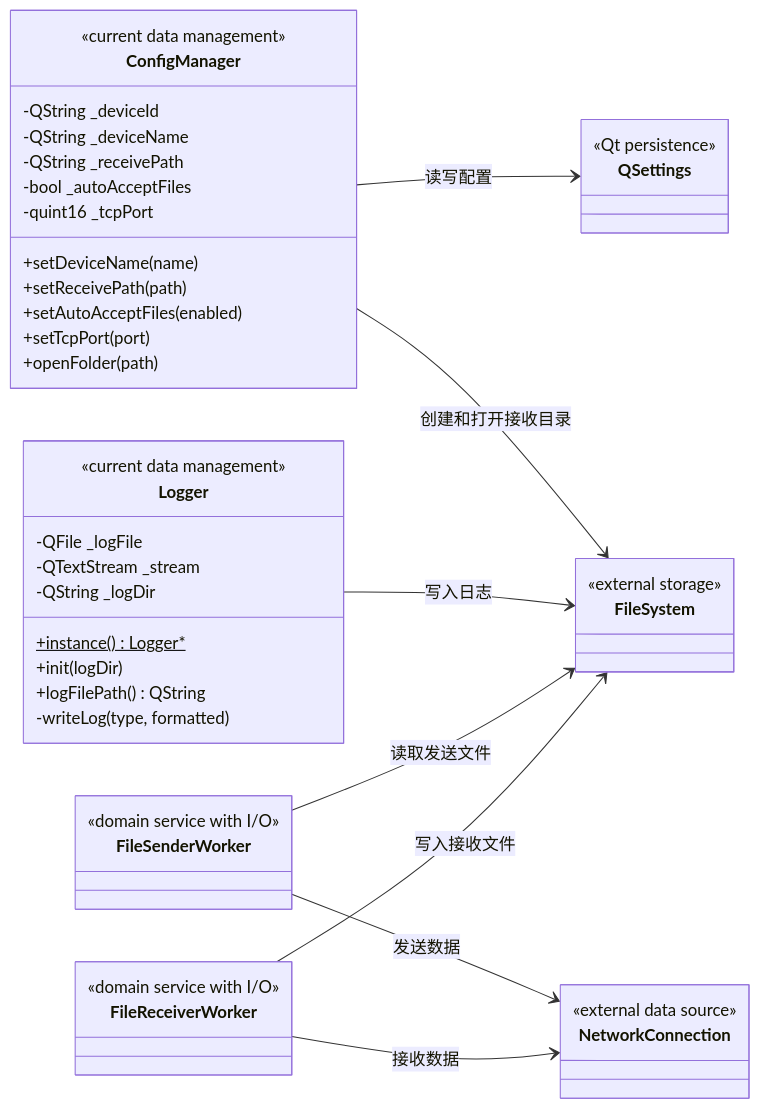
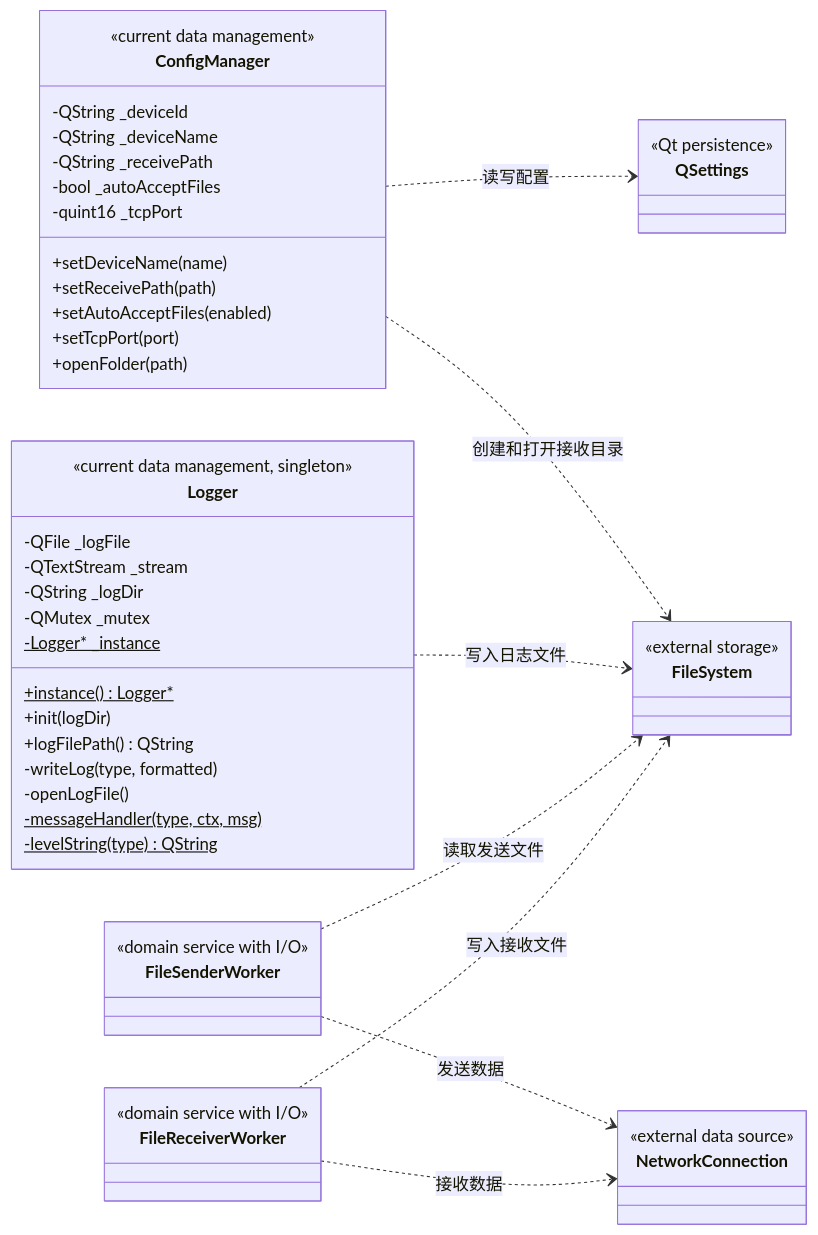
The fifth of 5 diagrams in doc/diagrams/class-diagram.md (Gsheep0729/GridYard), drawn with Mermaid before and after one commit. The commit also changed other lines of this file and 24 other files, not shown here.

First line of the commit message:
完善 UML 设计图并按 v4.16.0 细化类图

````diff
--- a/doc/diagrams/class-diagram.md
+++ b/doc/diagrams/class-diagram.md
@@ -446,57 +622,62 @@
 ```mermaid
 classDiagram
     direction LR
 
     class ConfigManager {
         <<current data management>>
         -QString _deviceId
         -QString _deviceName
         -QString _receivePath
         -bool _autoAcceptFiles
         -quint16 _tcpPort
         +setDeviceName(name)
         +setReceivePath(path)
         +setAutoAcceptFiles(enabled)
         +setTcpPort(port)
         +openFolder(path)
     }
 
     class Logger {
-        <<current data management>>
+        <<current data management, singleton>>
         -QFile _logFile
         -QTextStream _stream
         -QString _logDir
+        -QMutex _mutex
+        -Logger* _instance$
         +instance()$ Logger*
         +init(logDir)
         +logFilePath() QString
         -writeLog(type, formatted)
+        -openLogFile()
+        -messageHandler(type, ctx, msg)$
+        -levelString(type)$ QString
     }
 
     class QSettings {
         <<Qt persistence>>
     }
 
     class FileSystem {
         <<external storage>>
     }
 
     class NetworkConnection {
         <<external data source>>
     }
 
     class FileSenderWorker {
         <<domain service with I/O>>
     }
 
     class FileReceiverWorker {
         <<domain service with I/O>>
     }
 
-    ConfigManager --> QSettings : 读写配置
-    ConfigManager --> FileSystem : 创建和打开接收目录
-    Logger --> FileSystem : 写入日志
-    FileSenderWorker --> FileSystem : 读取发送文件
-    FileReceiverWorker --> FileSystem : 写入接收文件
-    FileSenderWorker --> NetworkConnection : 发送数据
-    FileReceiverWorker --> NetworkConnection : 接收数据
+    ConfigManager ..> QSettings : 读写配置
+    ConfigManager ..> FileSystem : 创建和打开接收目录
+    Logger ..> FileSystem : 写入日志文件
+    FileSenderWorker ..> FileSystem : 读取发送文件
+    FileReceiverWorker ..> FileSystem : 写入接收文件
+    FileSenderWorker ..> NetworkConnection : 发送数据
+    FileReceiverWorker ..> NetworkConnection : 接收数据
 ```
````
